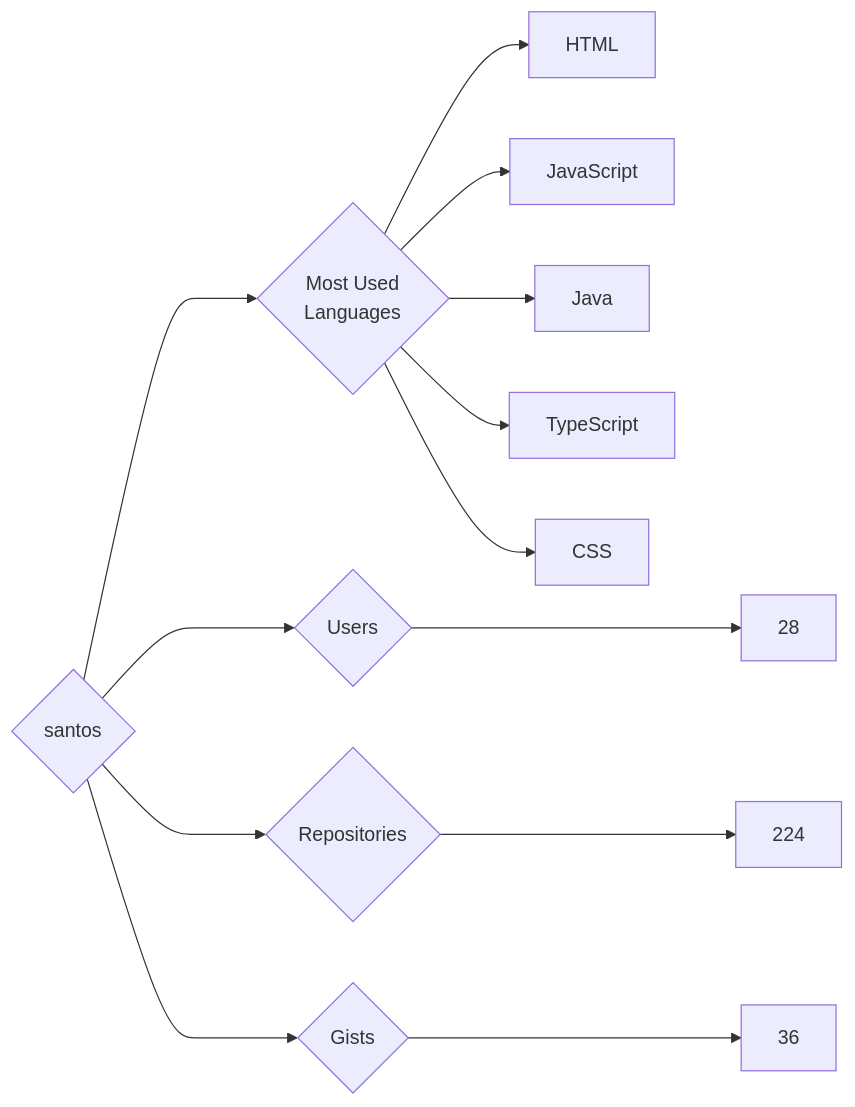
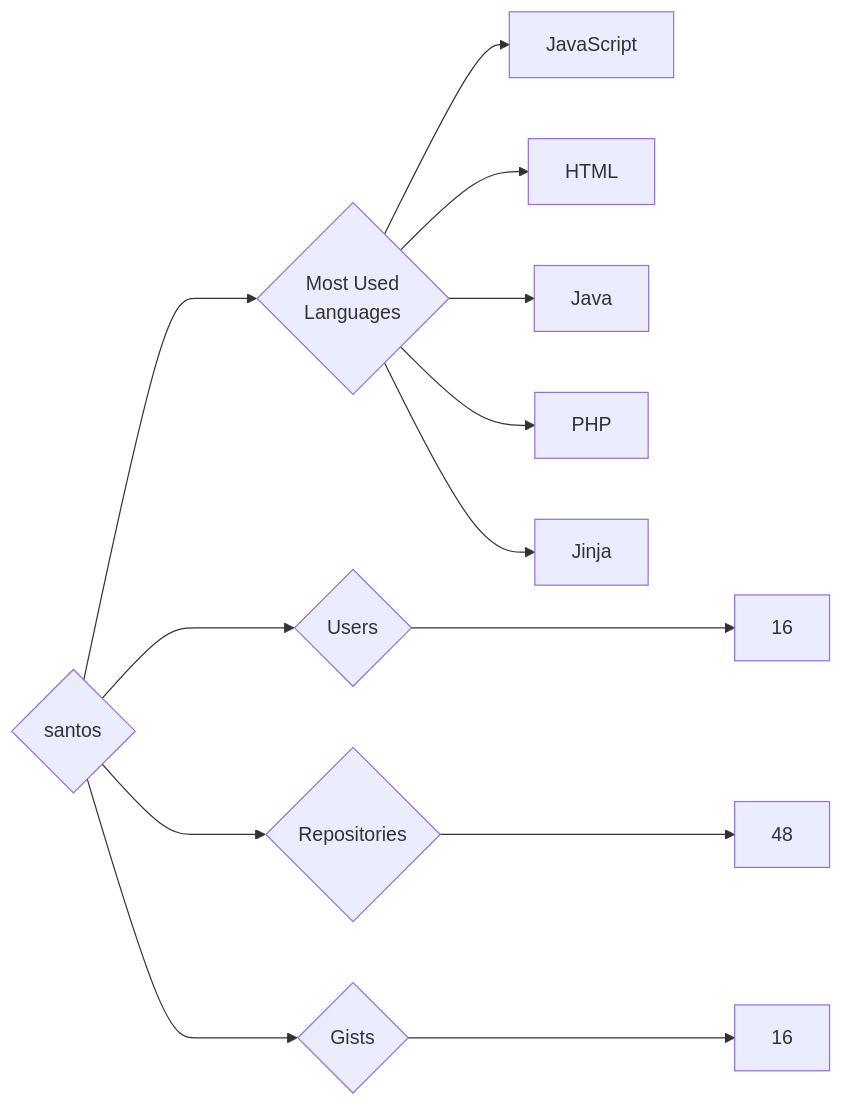
The diagram in targets/santos/README.md (trickest/insiders), drawn with Mermaid before and after one commit. The commit also changed 1696 other files, not shown here.

````diff
--- a/targets/santos/README.md
+++ b/targets/santos/README.md
@@ -3,13 +3,13 @@
 ```mermaid
 graph LR
 COMPANY_NAME{santos}
-COMPANY_NAME ---> U{Users} ---> UN[28]
-COMPANY_NAME ---> R{Repositories} ---> RN[224]
-COMPANY_NAME ---> G{Gists} ---> GN[36]
+COMPANY_NAME ---> U{Users} ---> UN[16]
+COMPANY_NAME ---> R{Repositories} ---> RN[48]
+COMPANY_NAME ---> G{Gists} ---> GN[16]
 COMPANY_NAME ---> ML{Most Used<br>Languages}
+ML --> JavaScript[JavaScript]
 ML --> HTML[HTML]
-ML --> JavaScript[JavaScript]
 ML --> Java[Java]
-ML --> TypeScript[TypeScript]
-ML --> CSS[CSS]
+ML --> PHP[PHP]
+ML --> Jinja[Jinja]
 ```
````
